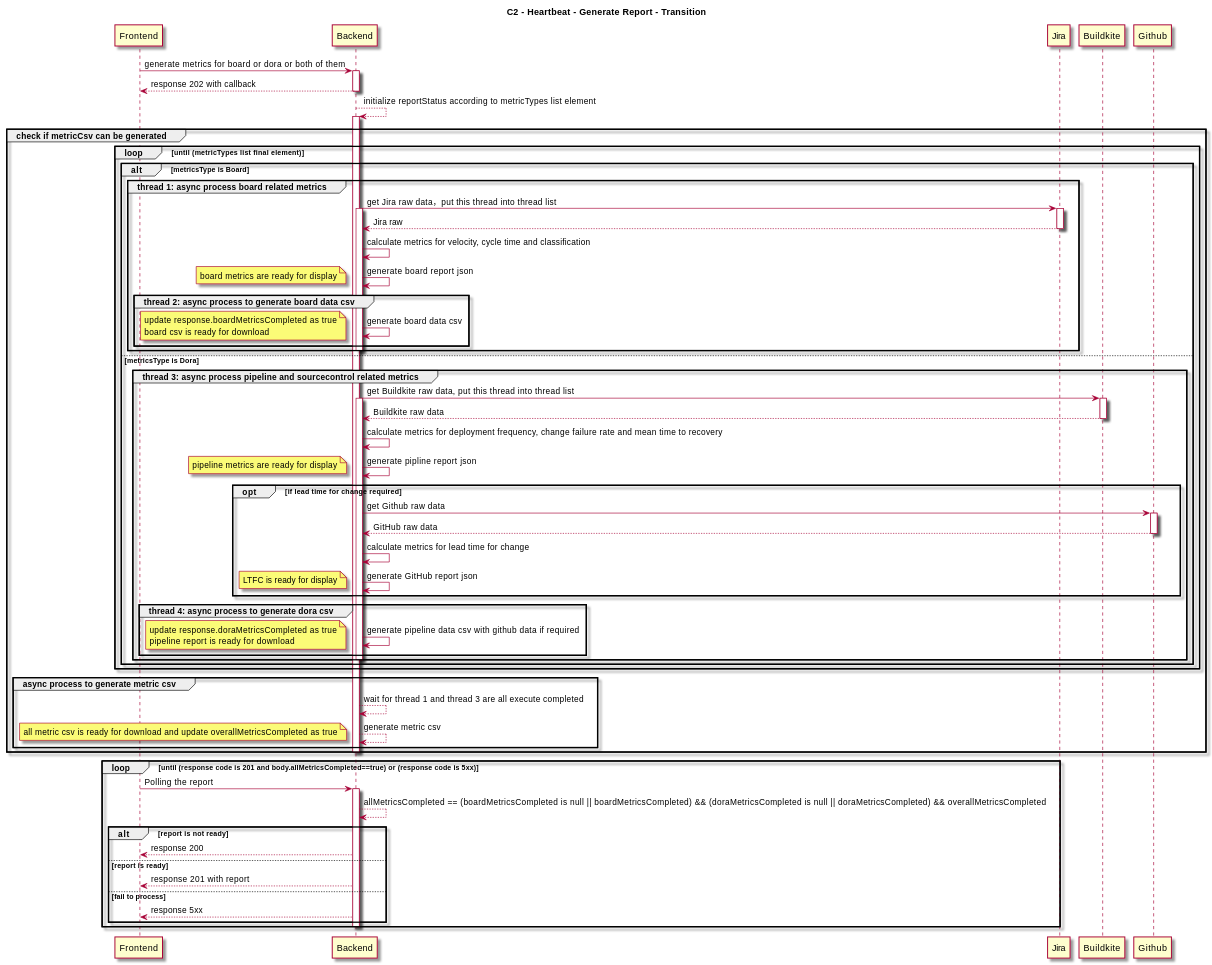
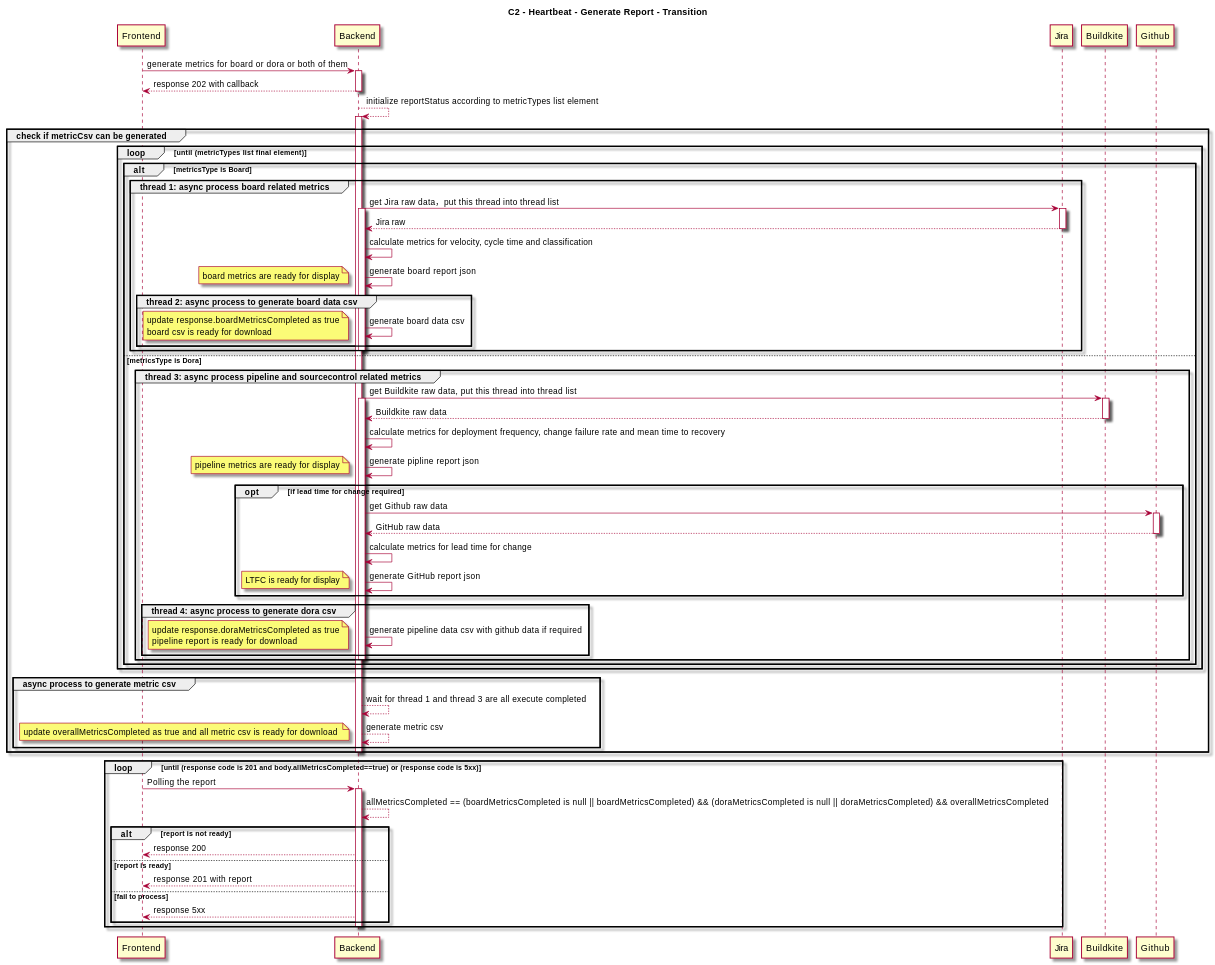
Before and after one commit to thoughtworks/HeartBeat: the second of 2 diagrams in docs/src/content/docs/en/designs/optimize-generate-report.mdx, drawn with PlantUML. The commit also changed 12 other files, not shown here.

```diff
--- a/docs/src/content/docs/en/designs/optimize-generate-report.mdx
+++ b/docs/src/content/docs/en/designs/optimize-generate-report.mdx
@@ -176,7 +176,7 @@
        Backend --> Backend: wait for thread 1 and thread 3 are all execute completed
        Backend --> Backend: generate metric csv
        note left
-          all metric csv is ready for download and update overallMetricsCompleted as true
+          update overallMetricsCompleted as true and all metric csv is ready for download 
        end note
   end
     deactivate Backend
```
